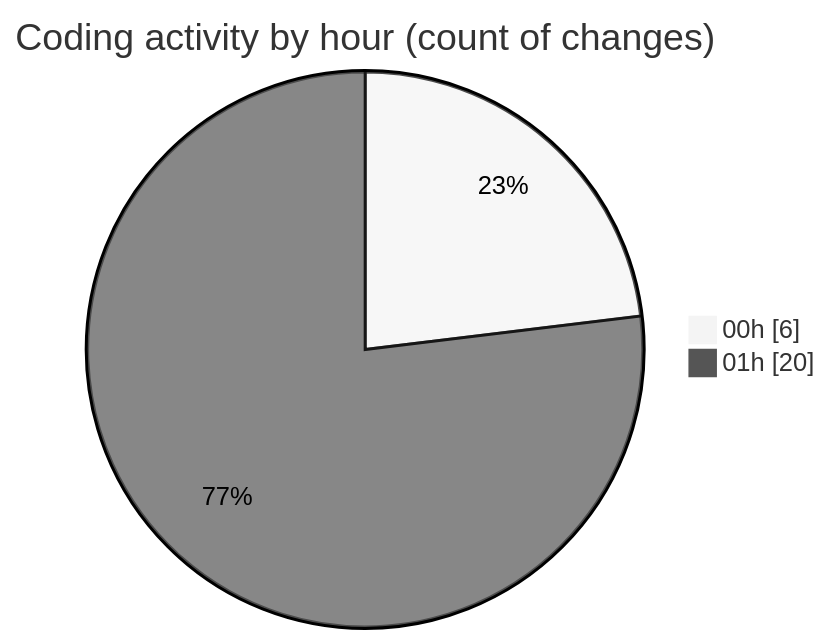
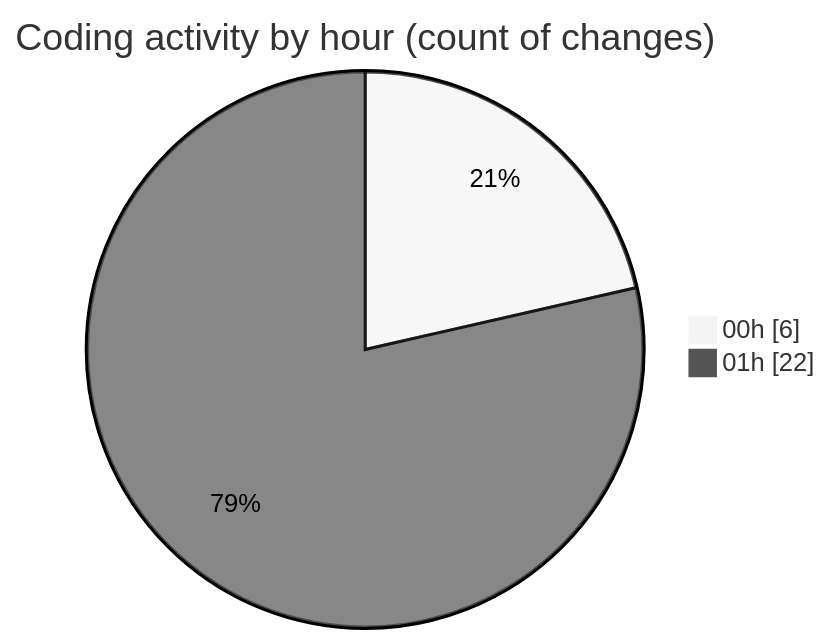
Before and after one commit to julien-gomy/code-tracking: the second of 2 diagrams in 2025-11-08/eventscop-frontend-guide__workspace_/README.md, drawn with Mermaid (neutral theme). The commit also changed other lines of this file and 1 other file, not shown here.

````diff
--- a/2025-11-08/eventscop-frontend-guide__workspace_/README.md
+++ b/2025-11-08/eventscop-frontend-guide__workspace_/README.md
@@ -36,6 +36,6 @@
 ```mermaid
 pie showData
 title Coding activity by hour (count of changes)
 "00h" : 6
-"01h" : 20
+"01h" : 22
 ```
````
